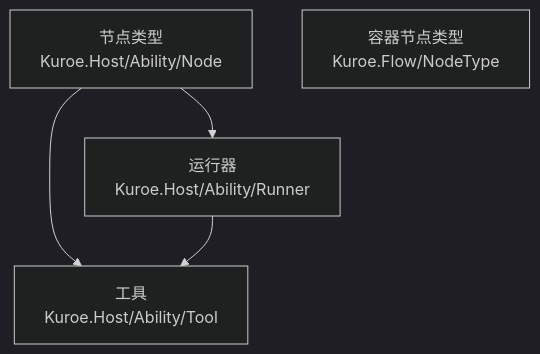
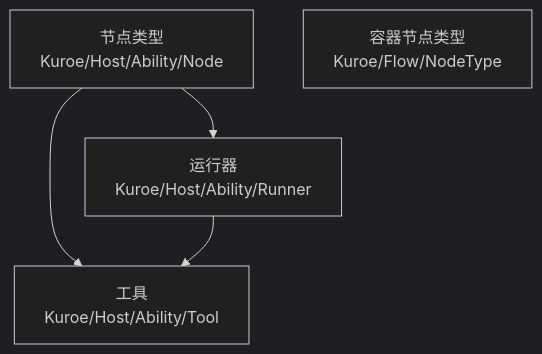
Before and after one commit to DrMelt/Kuroe: the diagram in docs/dev/architecture/functional-boundary/ability/index.md, drawn with Mermaid (dark theme). The commit also changed 1355 other files, not shown here.

````diff
--- a/docs/dev/architecture/functional-boundary/ability/index.md
+++ b/docs/dev/architecture/functional-boundary/ability/index.md
@@ -5,10 +5,10 @@
 ```mermaid
 flowchart TD
-    NodeTypes["节点类型<br>Kuroe.Host/Ability/Node"]
-    Runners["运行器<br>Kuroe.Host/Ability/Runner"]
-    ToolDomain["工具<br>Kuroe.Host/Ability/Tool"]
-    Container["容器节点类型<br>Kuroe.Flow/NodeType"]
+    NodeTypes["节点类型<br>Kuroe/Host/Ability/Node"]
+    Runners["运行器<br>Kuroe/Host/Ability/Runner"]
+    ToolDomain["工具<br>Kuroe/Host/Ability/Tool"]
+    Container["容器节点类型<br>Kuroe/Flow/NodeType"]
     NodeTypes --> Runners
     NodeTypes --> ToolDomain
     Runners --> ToolDomain
 ```
````
